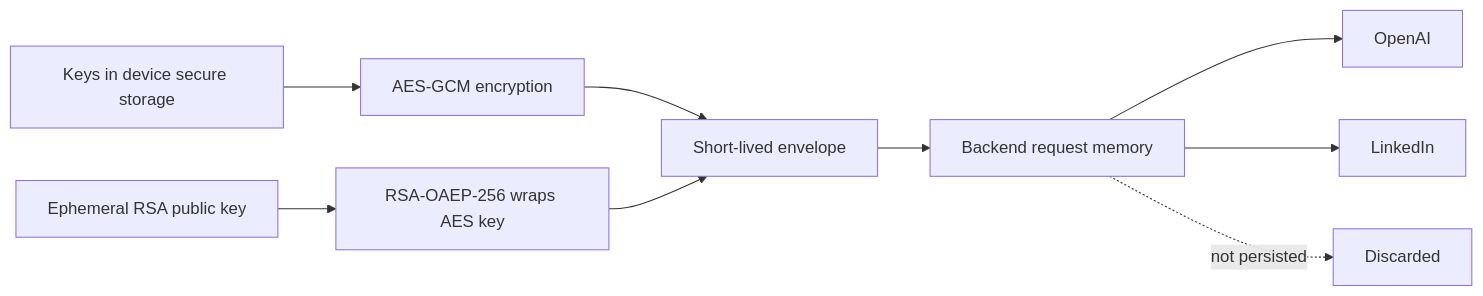
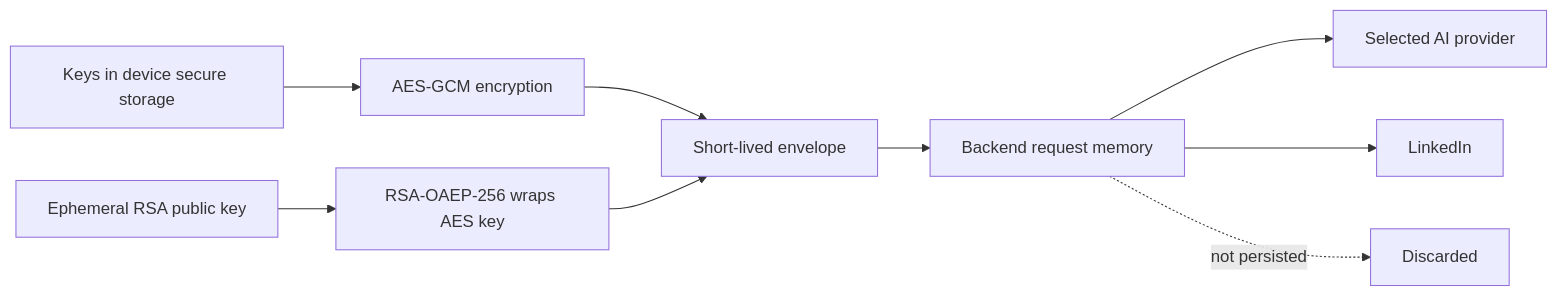
One commit to Bhbored/ArzlyAI changed the third of 3 diagrams in docs/presets/linkedin-preset.md. Above: the diagram before and after it, drawn with Mermaid. The commit also changed other lines of this file and 63 other files, not shown here.

````diff
--- a/docs/presets/linkedin-preset.md
+++ b/docs/presets/linkedin-preset.md
@@ -256,11 +257,11 @@
 ```mermaid
 flowchart LR
     Keys["Keys in device secure storage"] --> Encrypt["AES-GCM encryption"]
     Public["Ephemeral RSA public key"] --> Wrap["RSA-OAEP-256 wraps AES key"]
     Encrypt --> Envelope["Short-lived envelope"]
     Wrap --> Envelope
     Envelope --> Memory["Backend request memory"]
-    Memory --> OpenAI["OpenAI"]
+    Memory --> AIProvider["Selected AI provider"]
     Memory --> LinkedIn["LinkedIn"]
     Memory -. "not persisted" .-> Gone["Discarded"]
 ```
````
